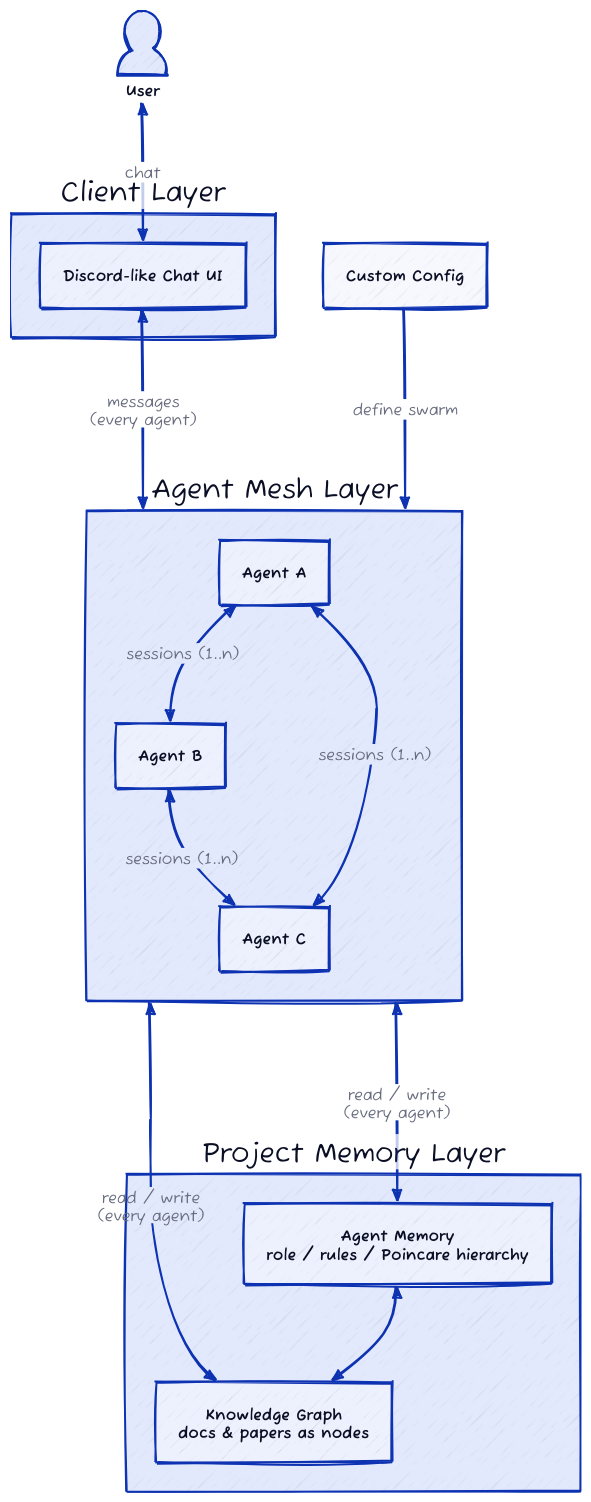
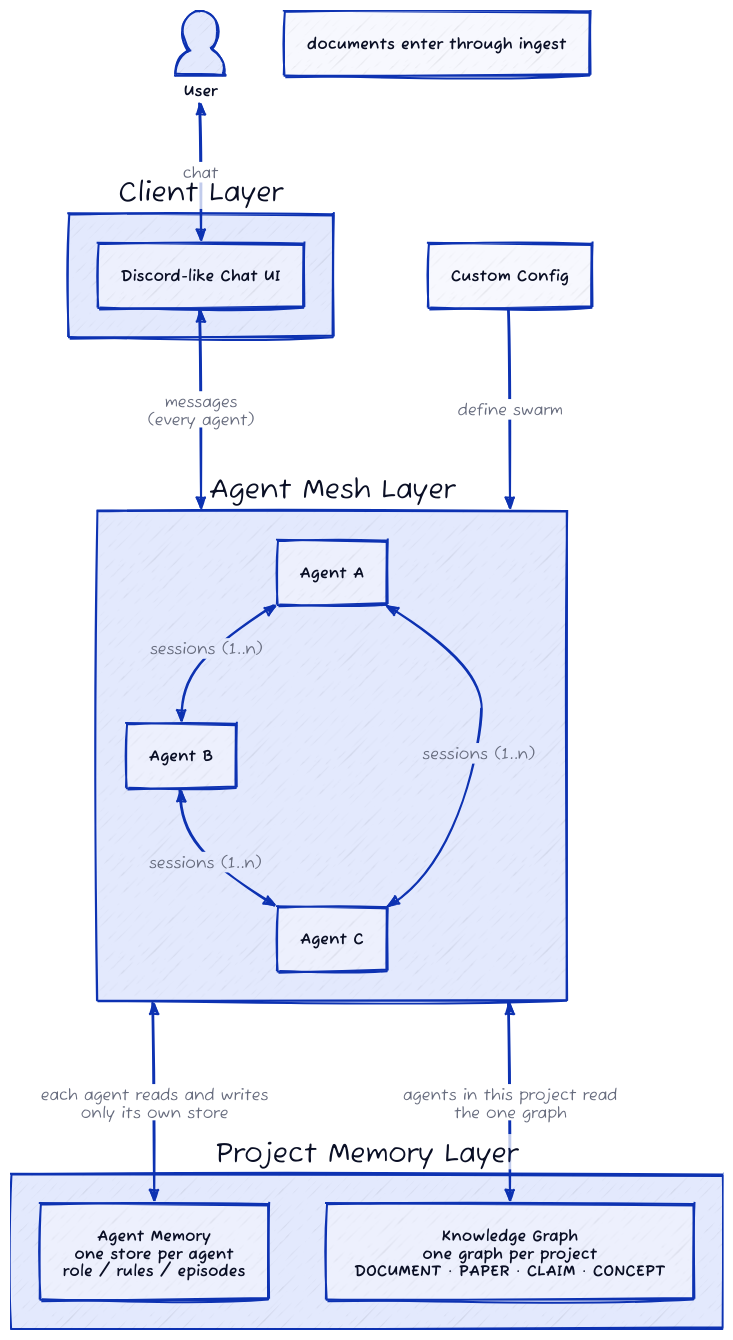
The diagram in docs/images/architecture-L0.d2 (Darth-S1d1ous/Termitaria), drawn with D2 before and after one commit. The commit also changed 65 other files, not shown here.

Commit message:
feat: memory layer integrated into agents

```diff
--- a/docs/images/architecture-L0.d2
+++ b/docs/images/architecture-L0.d2
@@ -1,37 +1,36 @@
 vars: {
   d2-config: {
     sketch: true
   }
 }
 
 direction: down
 
 User: {shape: person}
 
 Client: Client Layer {
   ui: Discord-like Chat UI
 }
 
 Mesh: Agent Mesh Layer {
   a1: Agent A
   a2: Agent B
   a3: Agent C
 
   a1 <-> a2: sessions (1..n)
   a2 <-> a3: sessions (1..n)
   a1 <-> a3: sessions (1..n)
 }
 
 Memory: Project Memory Layer {
-  am: Agent Memory\nrole / rules / Poincare hierarchy
-  kg: Knowledge Graph\ndocs & papers as nodes
+  am: Agent Memory\none store per agent\nrole / rules / episodes
+  kg: Knowledge Graph\none graph per project\nDOCUMENT · PAPER · CLAIM · CONCEPT
 }
 
 Config: Custom Config
 
 User <-> Client.ui: chat
 Client.ui <-> Mesh: messages\n(every agent)
-Mesh <-> Memory.am: read / write\n(every agent)
-Mesh <-> Memory.kg: read / write\n(every agent)
-Memory.am <-> Memory.kg
+Mesh <-> Memory.am: each agent reads and writes\nonly its own store
+Mesh <-> Memory.kg: agents in this project read\nthe one graph; documents enter through ingest
 Config -> Mesh: define swarm
```
